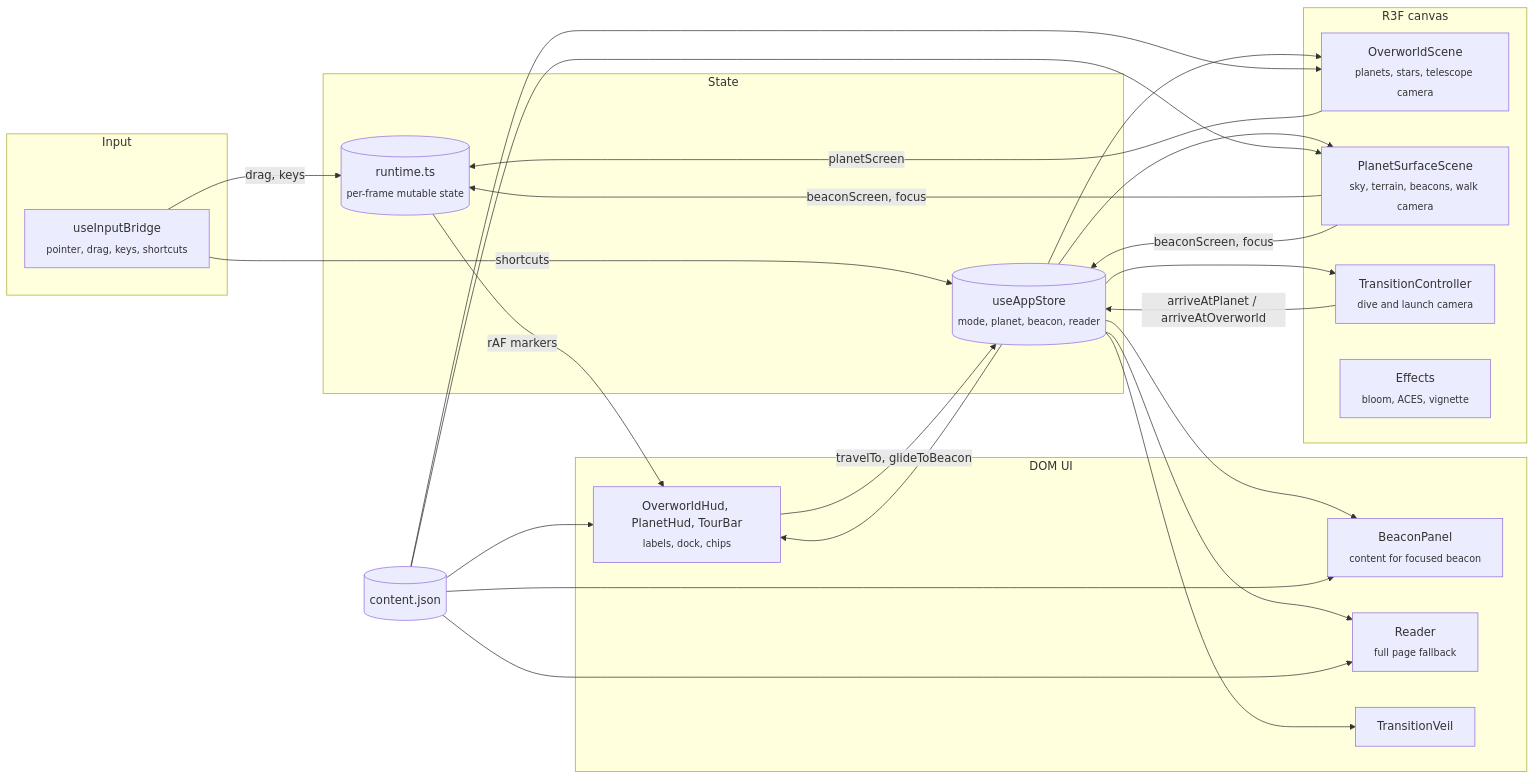
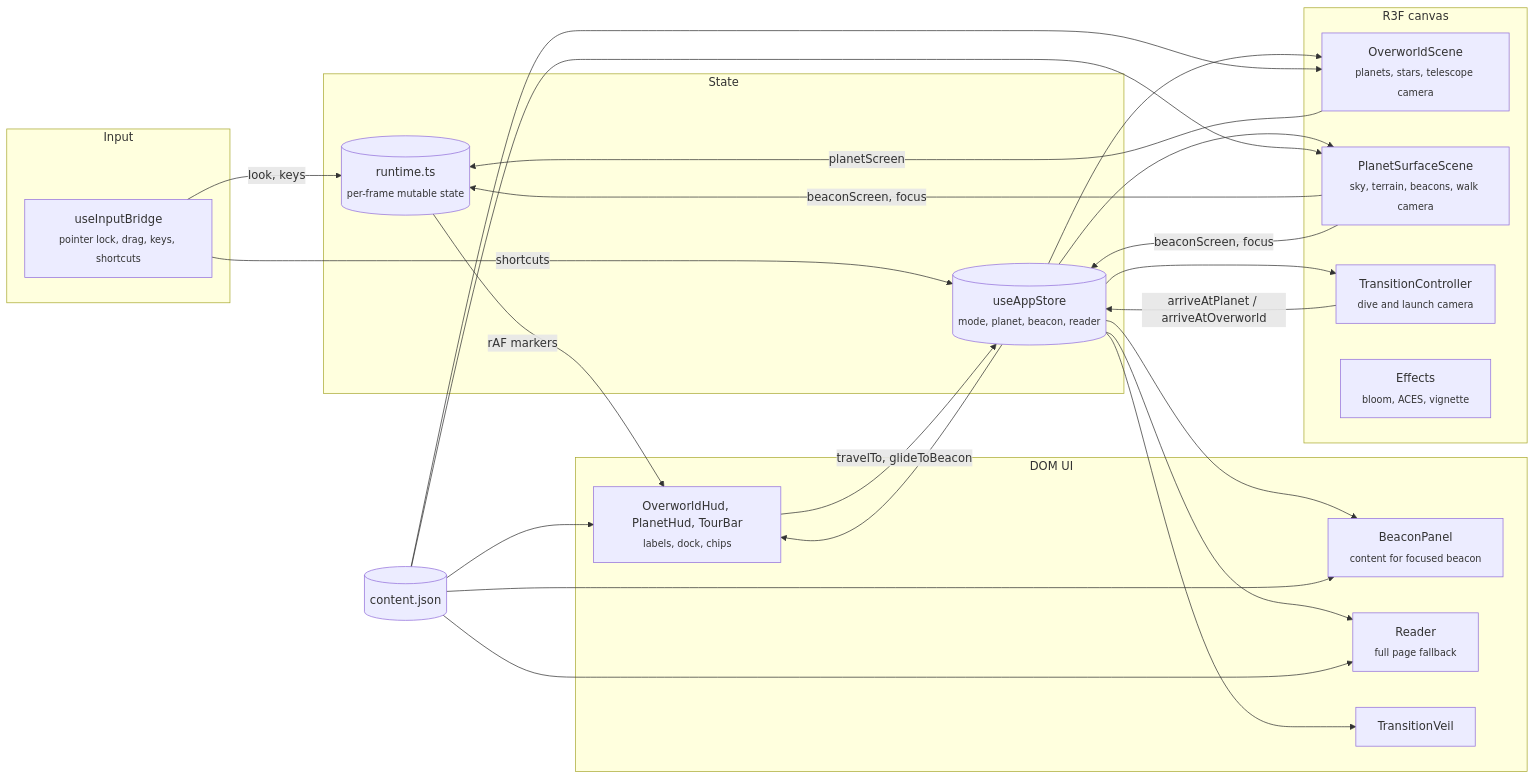
Before and after one commit to teddycitrus/portfolio: the first of 2 diagrams in README.md, drawn with Mermaid. The commit also changed other lines of this file and 12 other files, not shown here.

Commit message:
replaced Nora with Bastion, added pointer lock, removed boxes and dots

````diff
--- a/README.md
+++ b/README.md
@@ -19,33 +19,33 @@
 ```mermaid
 flowchart LR
   subgraph Input
-    bridge["useInputBridge<br/><sub>pointer, drag, keys, shortcuts</sub>"]
+    bridge["useInputBridge<br/><sub>pointer lock, drag, keys, shortcuts</sub>"]
   end
   subgraph State
     store[("useAppStore<br/><sub>mode, planet, beacon, reader</sub>")]
     runtime[("runtime.ts<br/><sub>per-frame mutable state</sub>")]
   end
   subgraph Canvas["R3F canvas"]
     overworld["OverworldScene<br/><sub>planets, stars, telescope camera</sub>"]
     surface["PlanetSurfaceScene<br/><sub>sky, terrain, beacons, walk camera</sub>"]
     transition["TransitionController<br/><sub>dive and launch camera</sub>"]
     fx["Effects<br/><sub>bloom, ACES, vignette</sub>"]
   end
   subgraph DOM["DOM UI"]
     hud["OverworldHud, PlanetHud, TourBar<br/><sub>labels, dock, chips</sub>"]
     panel["BeaconPanel<br/><sub>content for focused beacon</sub>"]
     reader["Reader<br/><sub>full page fallback</sub>"]
     veil["TransitionVeil"]
   end
   content[("content.json")]
 
-  bridge -->|"drag, keys"| runtime
+  bridge -->|"look, keys"| runtime
   bridge -->|"shortcuts"| store
   store --> overworld & surface & transition & hud & panel & reader & veil
   overworld -->|"planetScreen"| runtime
   surface -->|"beaconScreen, focus"| runtime & store
   runtime -->|"rAF markers"| hud
   content --> overworld & surface & hud & panel & reader
   hud -->|"travelTo, glideToBeacon"| store
   transition -->|"arriveAtPlanet / arriveAtOverworld"| store
 ```
````
